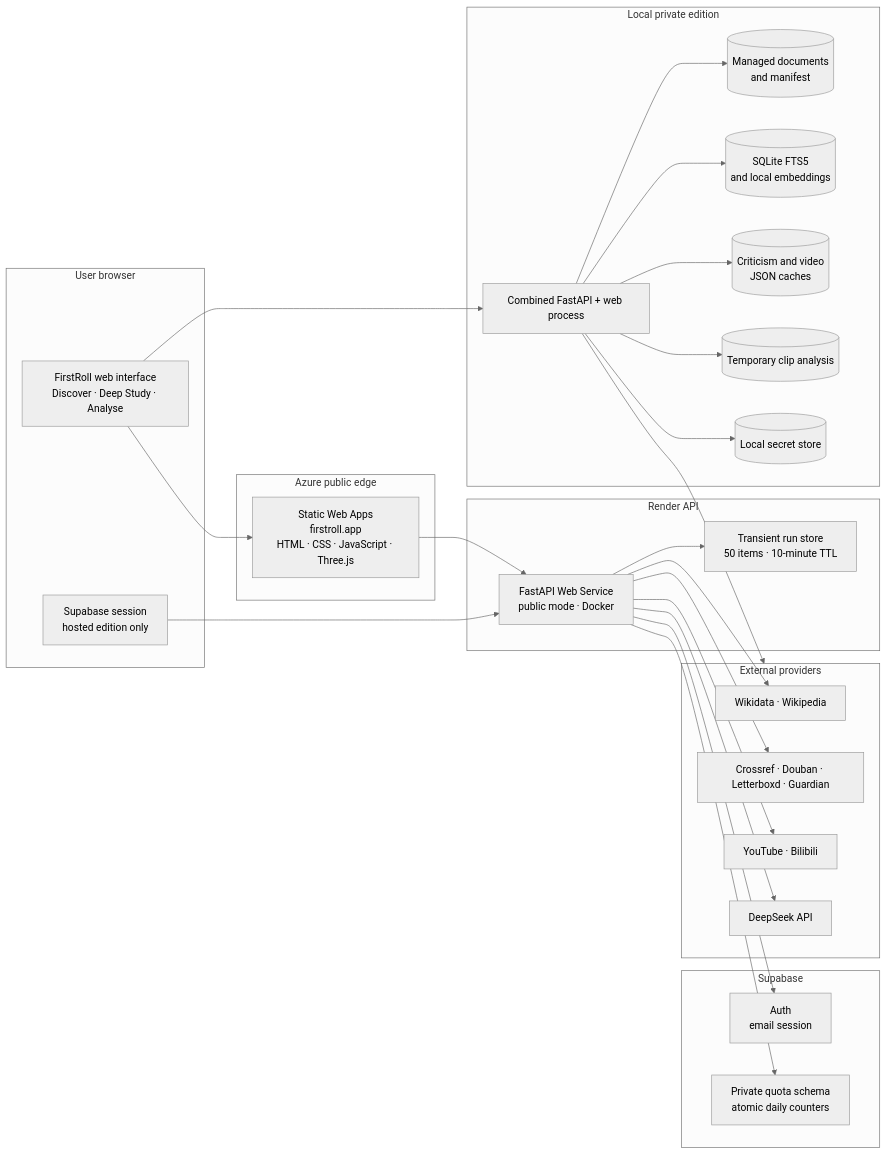
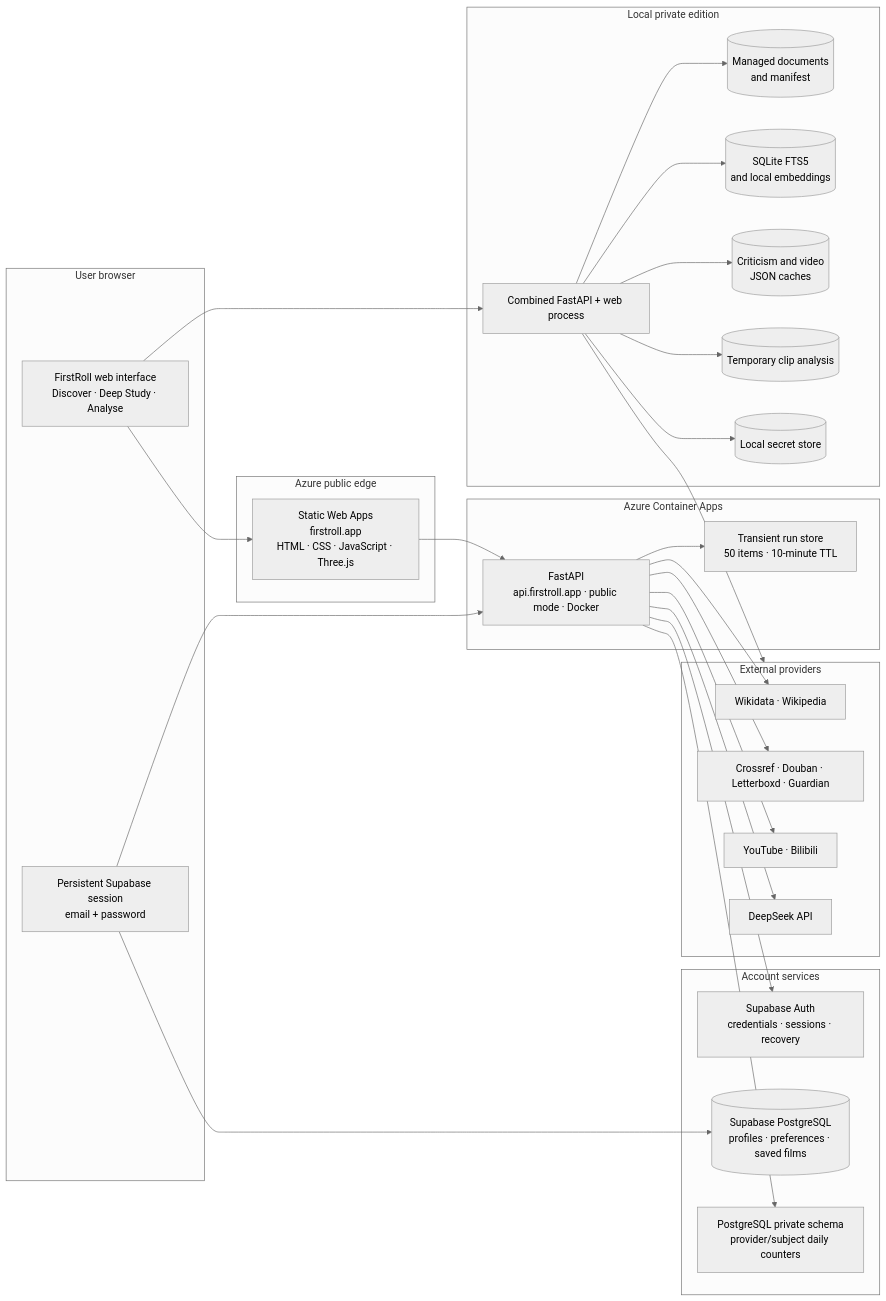
One commit to Luo-Z-Y/FirstRoll changed the first of 2 diagrams in docs/ARCHITECTURE.md. Above: the diagram before and after it, drawn with Mermaid (neutral theme). The commit also changed other lines of this file and 36 other files, not shown here.

Commit message:
feat: add persistent accounts and Azure infrastructure

````diff
--- a/docs/ARCHITECTURE.md
+++ b/docs/ARCHITECTURE.md
@@ -12,56 +12,58 @@
 ```mermaid
 flowchart LR
     subgraph Browser["User browser"]
         UI["FirstRoll web interface<br/>Discover · Deep Study · Analyse"]
-        Session["Supabase session<br/>hosted edition only"]
+        Session["Persistent Supabase session<br/>email + password"]
     end
 
     subgraph Azure["Azure public edge"]
         Static["Static Web Apps<br/>firstroll.app<br/>HTML · CSS · JavaScript · Three.js"]
     end
 
-    subgraph Render["Render API"]
-        API["FastAPI Web Service<br/>public mode · Docker"]
+    subgraph ContainerApps["Azure Container Apps"]
+        API["FastAPI<br/>api.firstroll.app · public mode · Docker"]
         Runs["Transient run store<br/>50 items · 10-minute TTL"]
     end
 
-    subgraph Supabase["Supabase"]
-        Auth["Auth<br/>email session"]
-        Quota["Private quota schema<br/>atomic daily counters"]
+    subgraph AccountData["Account services"]
+        Auth["Supabase Auth<br/>credentials · sessions · recovery"]
+        UserData[("Supabase PostgreSQL<br/>profiles · preferences · saved films")]
+        Quota["PostgreSQL private schema<br/>provider/subject daily counters"]
     end
 
     subgraph Local["Local private edition"]
         LocalAPI["Combined FastAPI + web process"]
         Library[("Managed documents<br/>and manifest")]
         Index[("SQLite FTS5<br/>and local embeddings")]
         Caches[("Criticism and video<br/>JSON caches")]
         Clips[("Temporary clip analysis")]
         Secrets[("Local secret store")]
     end
 
     subgraph Providers["External providers"]
         FilmData["Wikidata · Wikipedia"]
         Criticism["Crossref · Douban · Letterboxd · Guardian"]
         Video["YouTube · Bilibili"]
         DeepSeek["DeepSeek API"]
     end
 
     UI --> Static
     Static --> API
     Session --> API
     API --> Auth
+    Session --> UserData
     API --> Quota
     API --> Runs
     API --> FilmData
     API --> Criticism
     API --> Video
     API --> DeepSeek
 
     UI --> LocalAPI
     LocalAPI --> Library
     LocalAPI --> Index
     LocalAPI --> Caches
     LocalAPI --> Clips
     LocalAPI --> Secrets
     LocalAPI --> Providers
 ```
````
